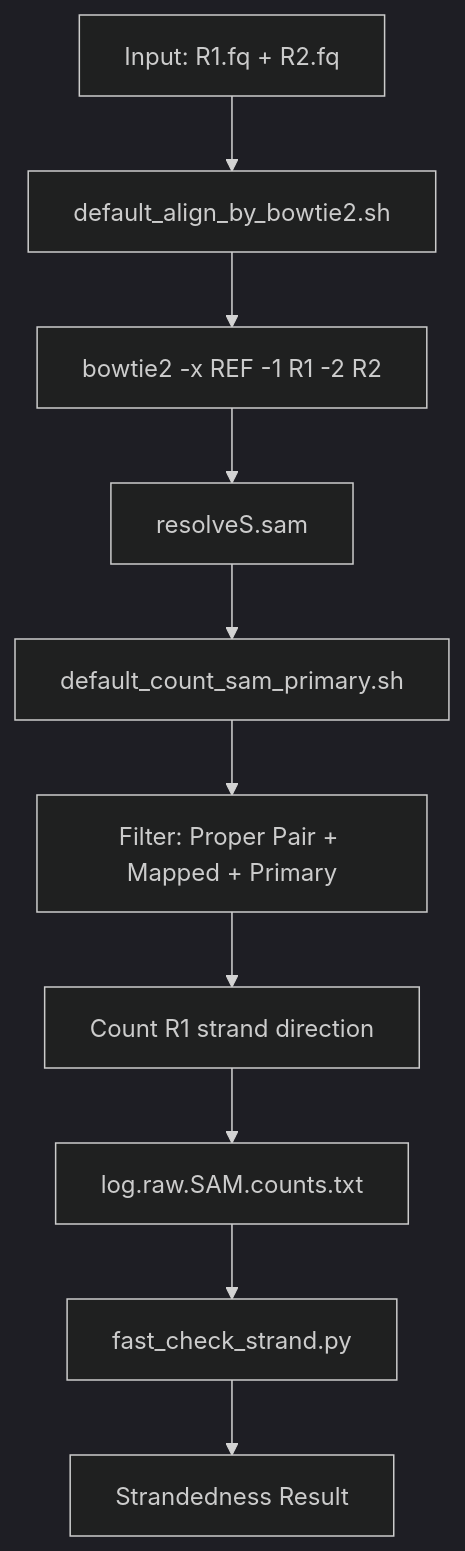
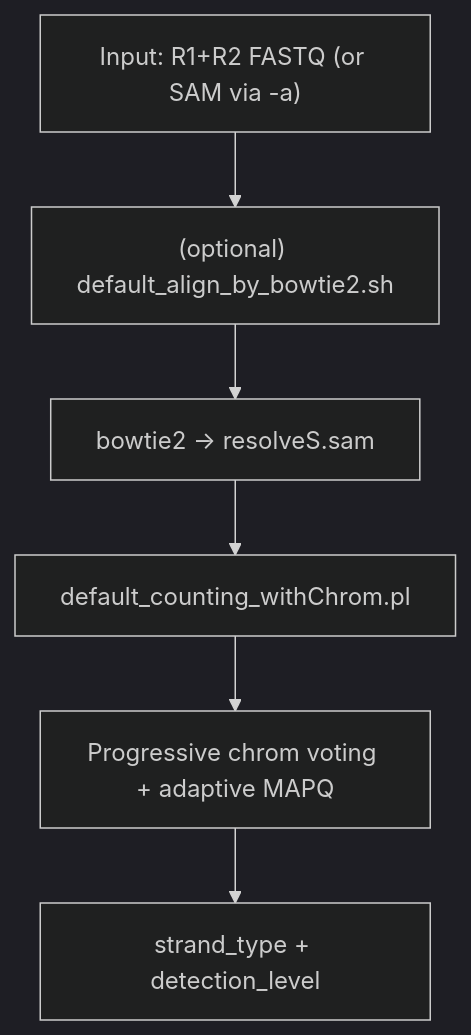
Before and after one commit to yudalang3/resolveS: the first of 3 diagrams in README.md, drawn with Mermaid (dark theme). The commit also changed other lines of this file and 1 other file, not shown here.

````diff
--- a/README.md
+++ b/README.md
@@ -247,12 +188,8 @@
 ```mermaid
 flowchart TD
-    A["Input: R1.fq + R2.fq"] --> B["default_align_by_bowtie2.sh"]
-    B --> C["bowtie2 -x REF -1 R1 -2 R2"]
-    C --> D["resolveS.sam"]
-    D --> E["default_count_sam_primary.sh"]
-    E --> F["Filter: Proper Pair + Mapped + Primary"]
-    F --> G["Count R1 strand direction"]
-    G --> H["log.raw.SAM.counts.txt"]
-    H --> I["fast_check_strand.py"]
-    I --> J["Strandedness Result"]
+    A["Input: R1+R2 FASTQ (or SAM via -a)"] --> B["(optional) default_align_by_bowtie2.sh"]
+    B --> C["bowtie2 → resolveS.sam"]
+    C --> D["default_counting_withChrom.pl"]
+    D --> E["Progressive chrom voting + adaptive MAPQ"]
+    E --> F["strand_type + detection_level"]
 ```
````
